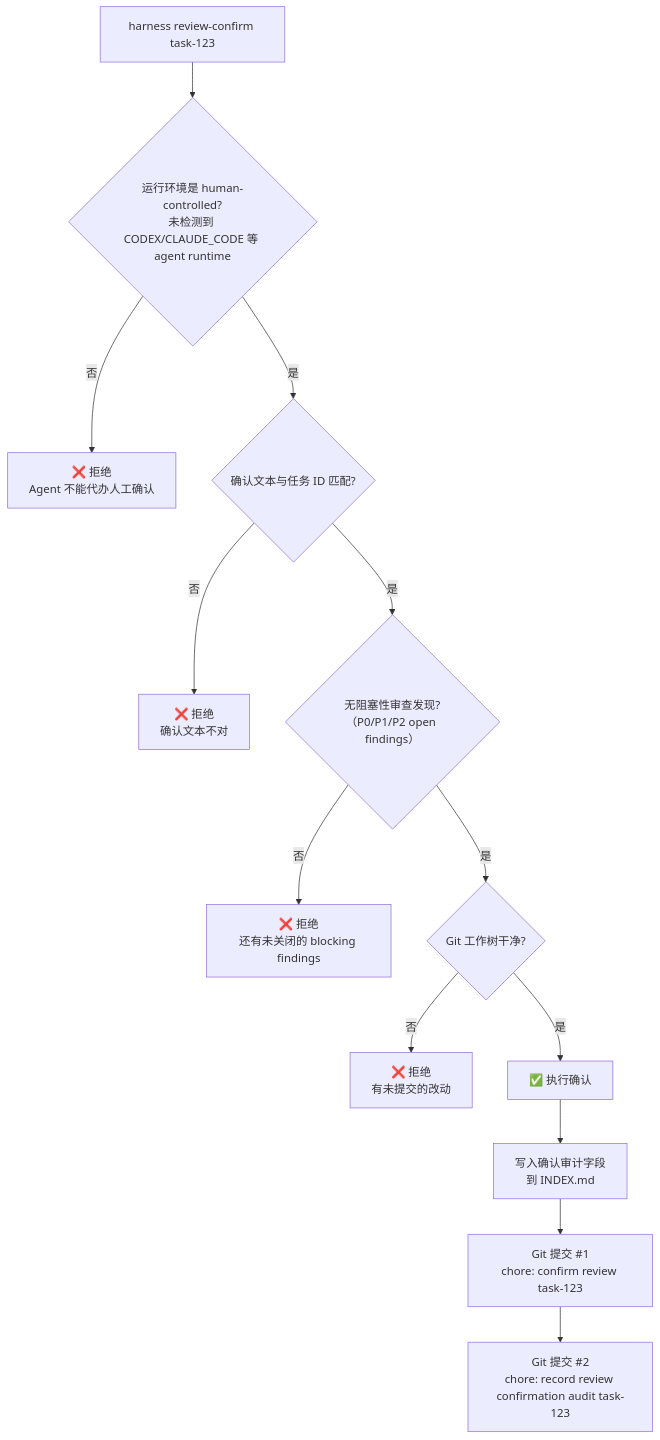
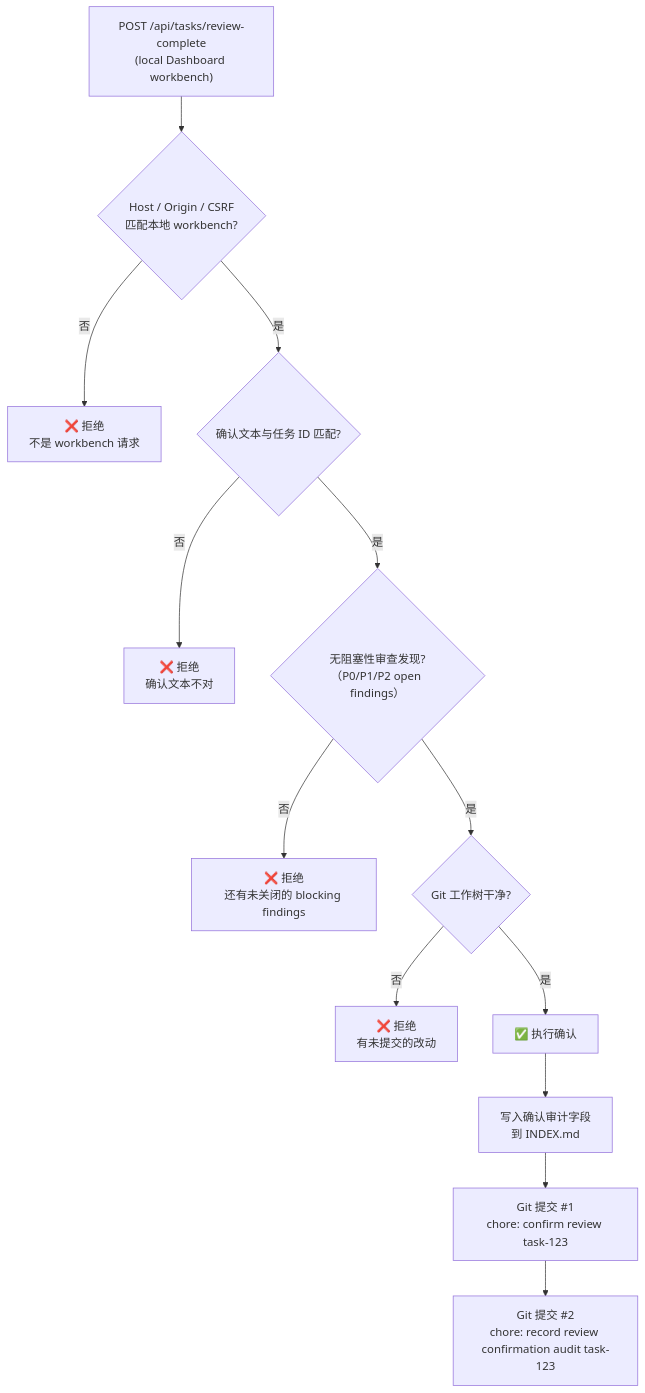
Before and after one commit to FairladyZ625/coding-agent-harness: the fourth of 6 diagrams in docs-release/architecture/system-explainer/03-task-lifecycle.md, drawn with Mermaid. The commit also changed other lines of this file and 33 other files, not shown here.

Commit message:
fix: route review confirmation through dashboard

````diff
--- a/docs-release/architecture/system-explainer/03-task-lifecycle.md
+++ b/docs-release/architecture/system-explainer/03-task-lifecycle.md
@@ -94,18 +94,18 @@
 ```mermaid
 flowchart TD
-  Trigger["harness review-confirm task-123"]
+  Trigger["POST /api/tasks/review-complete\n(local Dashboard workbench)"]
 
-  Trigger --> A1{"运行环境是 human-controlled?\n未检测到 CODEX/CLAUDE_CODE 等 agent runtime"}
-  A1 -->|"否"| EA["❌ 拒绝\nAgent 不能代办人工确认"]
+  Trigger --> A1{"Host / Origin / CSRF\n匹配本地 workbench?"}
+  A1 -->|"否"| EA["❌ 拒绝\n不是 workbench 请求"]
   A1 -->|"是"| C1{"确认文本与任务 ID 匹配?"}
   C1 -->|"否"| E1["❌ 拒绝\n确认文本不对"]
   C1 -->|"是"| C2{"无阻塞性审查发现?\n（P0/P1/P2 open findings）"}
   C2 -->|"否"| E2["❌ 拒绝\n还有未关闭的 blocking findings"]
   C2 -->|"是"| C3{"Git 工作树干净?"}
   C3 -->|"否"| E3["❌ 拒绝\n有未提交的改动"]
   C3 -->|"是"| Exec["✅ 执行确认"]
 
   Exec --> Write1["写入确认审计字段\n到 INDEX.md"]
   Write1 --> Commit1["Git 提交 #1\nchore: confirm review task-123"]
   Commit1 --> Commit2["Git 提交 #2\nchore: record review confirmation audit task-123"]
 ```
````
